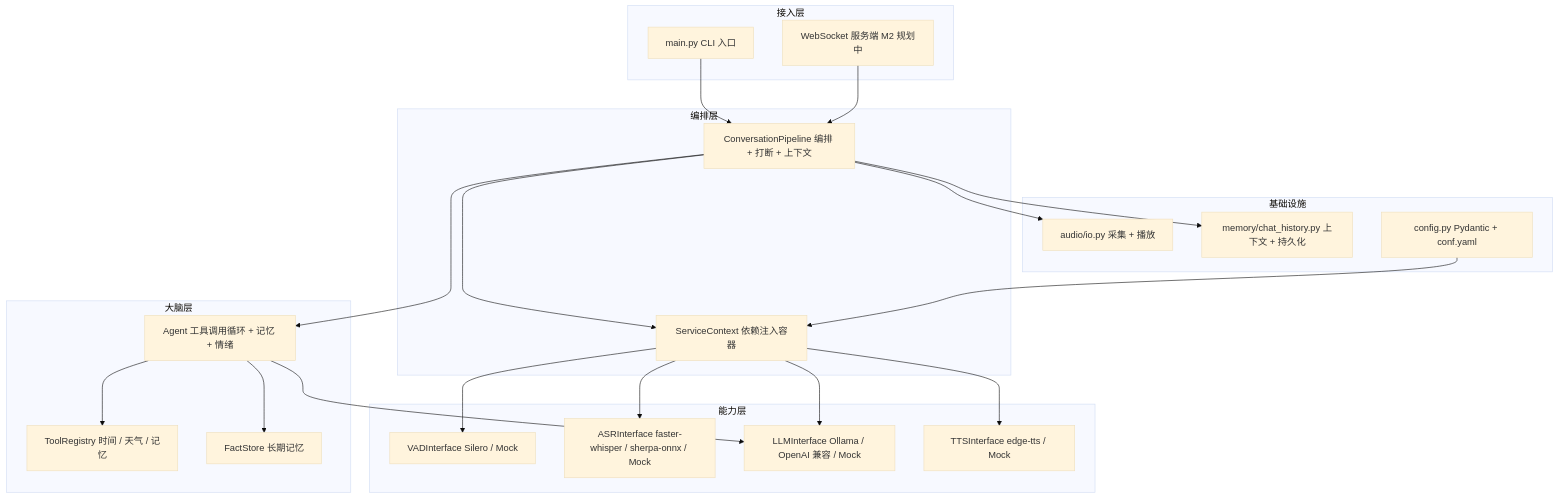
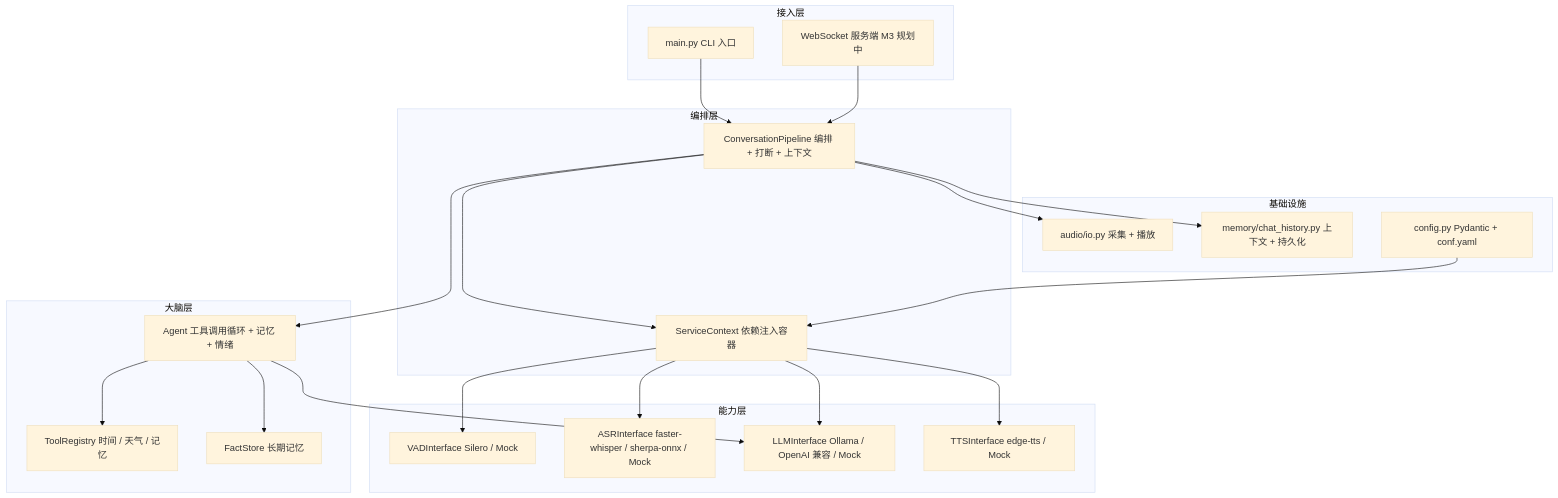
Before and after one commit to Alkaid-Huang/echo-voice-assistant: the first of 4 diagrams in docs/架构设计.md, drawn with Mermaid (base theme). The commit also changed other lines of this file and 7 other files, not shown here.

````diff
--- a/docs/架构设计.md
+++ b/docs/架构设计.md
@@ -9,41 +9,41 @@
 ```mermaid
 flowchart TB
     subgraph 接入层
         CLI[main.py CLI 入口]
-        WS[WebSocket 服务端 M2 规划中]
+        WS[WebSocket 服务端 M3 规划中]
     end
     subgraph 编排层
         PIPE[ConversationPipeline 编排 + 打断 + 上下文]
         CTX[ServiceContext 依赖注入容器]
     end
     subgraph 能力层
         VAD[VADInterface Silero / Mock]
         ASR[ASRInterface faster-whisper / sherpa-onnx / Mock]
         LLM[LLMInterface Ollama / OpenAI 兼容 / Mock]
         TTS[TTSInterface edge-tts / Mock]
     end
     subgraph 大脑层
         AGENT[Agent 工具调用循环 + 记忆 + 情绪]
         TOOLS[ToolRegistry 时间 / 天气 / 记忆]
         FACTS[FactStore 长期记忆]
     end
     subgraph 基础设施
         AUDIO[audio/io.py 采集 + 播放]
         MEM[memory/chat_history.py 上下文 + 持久化]
         CONF[config.py Pydantic + conf.yaml]
     end
     CLI --> PIPE
     WS --> PIPE
     PIPE --> CTX
     CTX --> VAD
     CTX --> ASR
     CTX --> LLM
     CTX --> TTS
     PIPE --> AGENT
     AGENT --> LLM
     AGENT --> TOOLS
     AGENT --> FACTS
     PIPE --> AUDIO
     PIPE --> MEM
     CONF --> CTX
 ```
````
